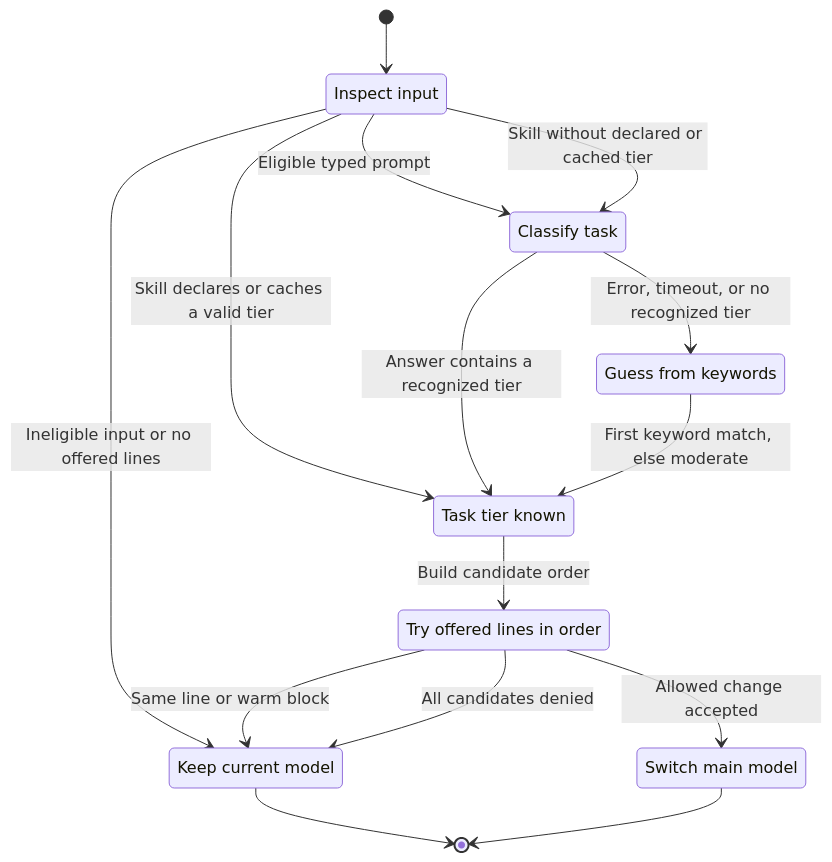
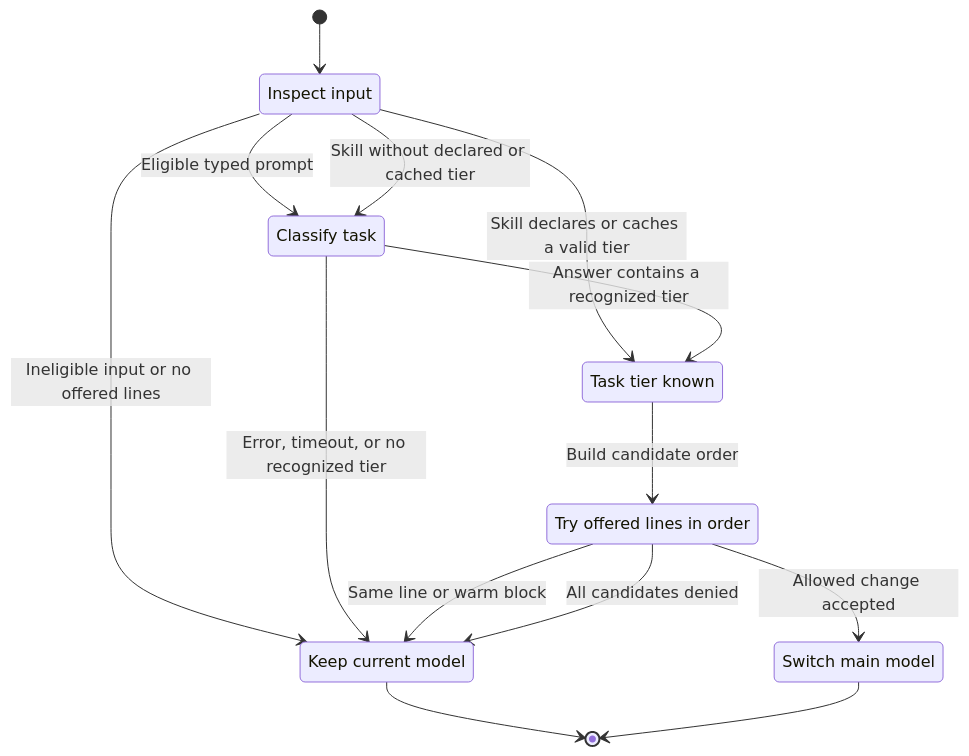
Before and after one commit to Integralist/agent-skills: the second of 2 diagrams in .claude/plugins/auto-model/docs/model-state.md, drawn with Mermaid. The commit also changed other lines of this file and 4 other files, not shown here.

````diff
--- a/.claude/plugins/auto-model/docs/model-state.md
+++ b/.claude/plugins/auto-model/docs/model-state.md
@@ -47,25 +47,23 @@
 ```mermaid
 stateDiagram-v2
     state "Inspect input" as Input
     state "Classify task" as Classify
-    state "Guess from keywords" as Guess
     state "Task tier known" as Tier
     state "Try offered lines in order" as Candidate
     state "Keep current model" as Keep
     state "Switch main model" as Switch
 
     [*] --> Input
     Input --> Keep: Ineligible input or no offered lines
     Input --> Classify: Eligible typed prompt
     Input --> Classify: Skill without declared or cached tier
     Input --> Tier: Skill declares or caches a valid tier
     Classify --> Tier: Answer contains a recognized tier
-    Classify --> Guess: Error, timeout, or no recognized tier
-    Guess --> Tier: First keyword match, else moderate
+    Classify --> Keep: Error, timeout, or no recognized tier
     Tier --> Candidate: Build candidate order
     Candidate --> Keep: Same line or warm block
     Candidate --> Keep: All candidates denied
     Candidate --> Switch: Allowed change accepted
     Keep --> [*]
     Switch --> [*]
 ```
````
